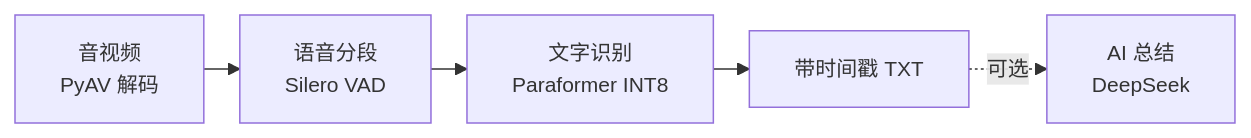
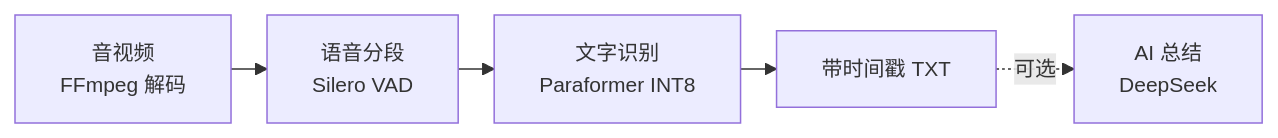
One commit to lgem2008/Audio_To_Txt changed the diagram in README.md. Above: the diagram before and after it, drawn with Mermaid. The commit also changed other lines of this file and 11 other files, not shown here.

````diff
--- a/README.md
+++ b/README.md
@@ -19,8 +42,8 @@
 ```mermaid
 %%{init: {"themeVariables": {"fontSize": "14px"}, "flowchart": {"nodeSpacing": 16, "rankSpacing": 24}}}%%
 flowchart LR
-    A[音视频<br/>PyAV 解码] --> B[语音分段<br/>Silero VAD]
+    A[音视频<br/>FFmpeg 解码] --> B[语音分段<br/>Silero VAD]
     B --> C[文字识别<br/>Paraformer INT8]
     C --> D[带时间戳 TXT]
     D -. 可选 .-> E[AI 总结<br/>DeepSeek]
 ```
````
